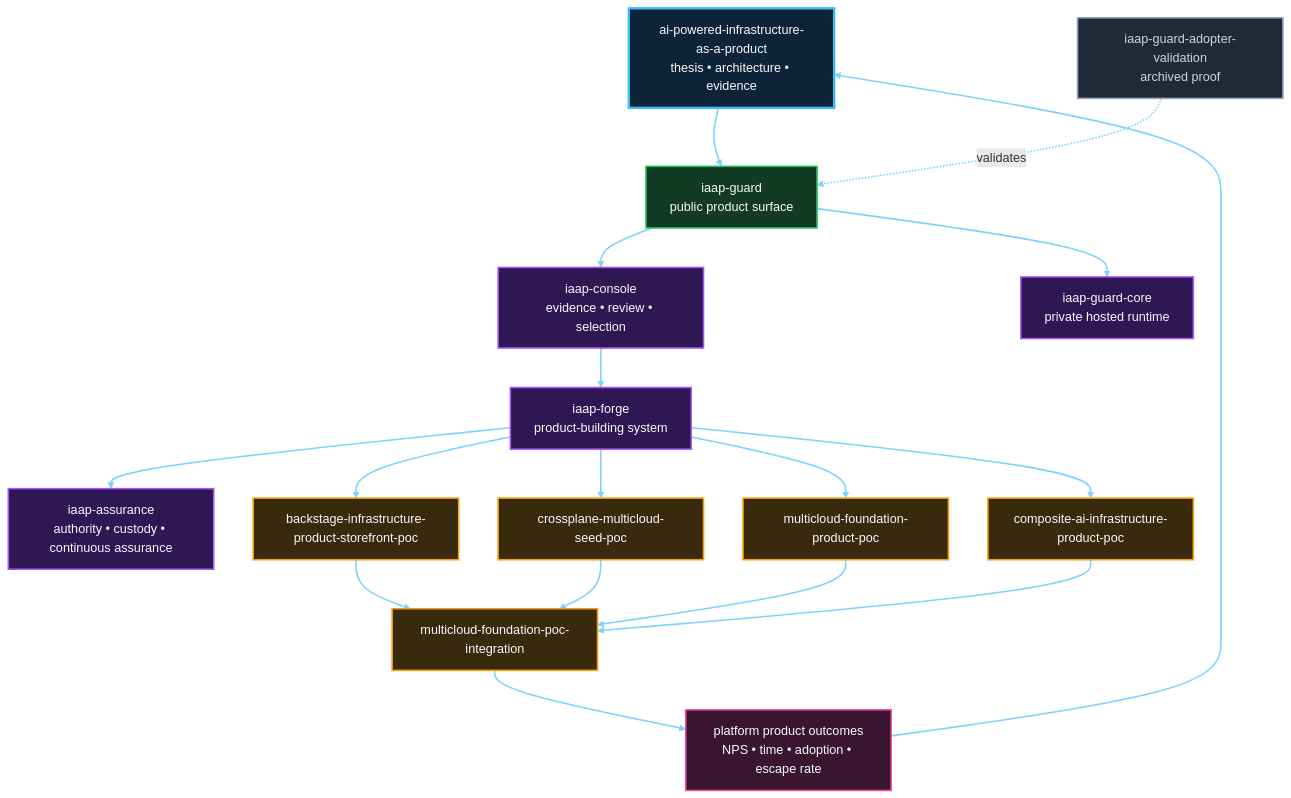
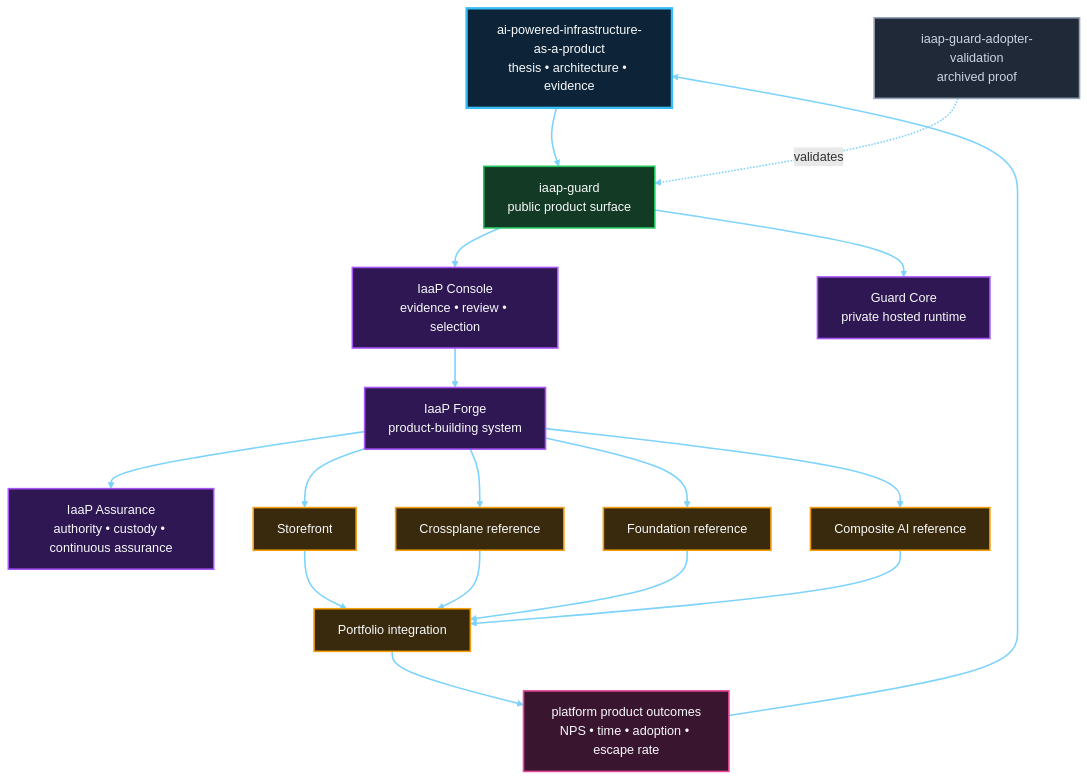
The first of 2 diagrams in docs/poc-portfolio.md (InfrastructureProductWorks/ai-powered-infrastructure-as-a-product), drawn with Mermaid before and after one commit. The commit also changed other lines of this file and 17 other files, not shown here.

````diff
--- a/docs/poc-portfolio.md
+++ b/docs/poc-portfolio.md
@@ -7,49 +7,49 @@
 ```mermaid
 flowchart TB
   HUB["ai-powered-infrastructure-as-a-product<br/>thesis • architecture • evidence"]
   GUARD["iaap-guard<br/>public product surface"]
-  CONSOLE["iaap-console<br/>evidence • review • selection"]
-  ASSURANCE["iaap-assurance<br/>authority • custody • continuous assurance"]
-  CORE["iaap-guard-core<br/>private hosted runtime"]
-  FORGE["iaap-forge<br/>product-building system"]
-  STORE["backstage-infrastructure-product-storefront-poc"]
-  SEED["crossplane-multicloud-seed-poc"]
-  PRODUCT["multicloud-foundation-product-poc"]
-  AI["composite-ai-infrastructure-product-poc"]
-  INT["multicloud-foundation-poc-integration"]
+  CONSOLE["IaaP Console<br/>evidence • review • selection"]
+  ASSURANCE["IaaP Assurance<br/>authority • custody • continuous assurance"]
+  CORE["Guard Core<br/>private hosted runtime"]
+  FORGE["IaaP Forge<br/>product-building system"]
+  STORE["Storefront"]
+  SEED["Crossplane reference"]
+  PRODUCT["Foundation reference"]
+  AI["Composite AI reference"]
+  INT["Portfolio integration"]
   ADOPTER["iaap-guard-adopter-validation<br/>archived proof"]
   OUT["platform product outcomes<br/>NPS • time • adoption • escape rate"]
 
   HUB --> GUARD
   GUARD --> CORE
   GUARD --> CONSOLE
   CONSOLE --> FORGE
   FORGE --> ASSURANCE
   FORGE --> STORE
   FORGE --> SEED
   FORGE --> PRODUCT
   FORGE --> AI
   STORE --> INT
   SEED --> INT
   PRODUCT --> INT
   AI --> INT
   ADOPTER -. validates .-> GUARD
   INT --> OUT
   OUT --> HUB
 
   classDef front fill:#0D2438,stroke:#38BDF8,stroke-width:3px,color:#F8FAFC
   classDef public fill:#123A24,stroke:#22C55E,stroke-width:2px,color:#F8FAFC
   classDef private fill:#2E1752,stroke:#A855F7,stroke-width:2px,color:#F8FAFC
   classDef internal fill:#102D55,stroke:#3B82F6,stroke-width:2px,color:#F8FAFC
   classDef poc fill:#3A2A0D,stroke:#F59E0B,stroke-width:2px,color:#F8FAFC
   classDef archived fill:#1F2937,stroke:#94A3B8,stroke-width:2px,color:#CBD5E1
   classDef outcome fill:#3A1530,stroke:#EC4899,stroke-width:2px,color:#F8FAFC
 
   class HUB front
   class GUARD public
   class CORE,CONSOLE,FORGE,ASSURANCE private
   class STORE,SEED,PRODUCT,AI,INT poc
   class ADOPTER archived
   class OUT outcome
   linkStyle default stroke:#7DD3FC,stroke-width:2px
 ```
````
